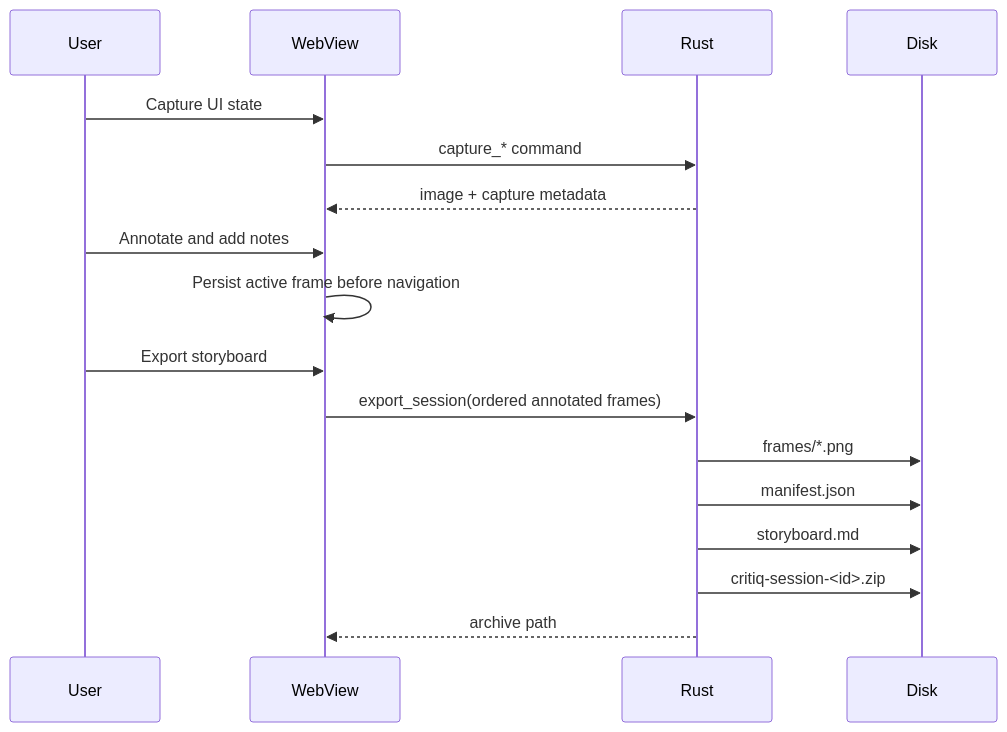
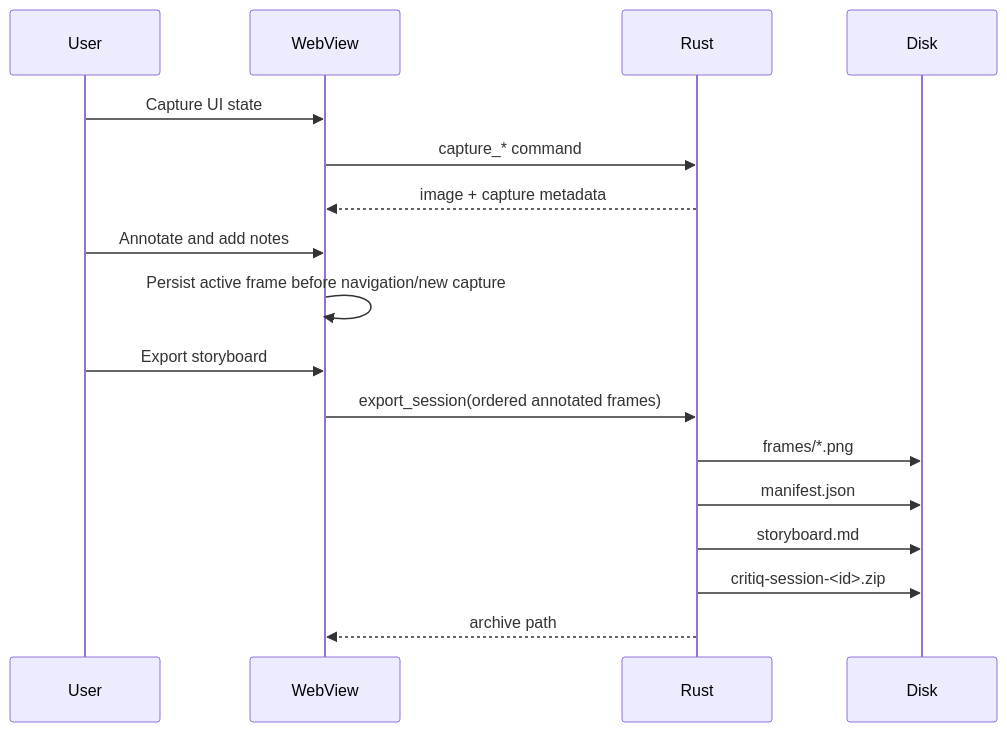
The second of 2 diagrams in docs/ARCHITECTURE_PLAN.md (MythologIQ-Labs-LLC/CritIQ), drawn with Mermaid before and after one commit. The commit also changed other lines of this file, not shown here.

Commit message:
Remove ghost settings from architecture contract

````diff
--- a/docs/ARCHITECTURE_PLAN.md
+++ b/docs/ARCHITECTURE_PLAN.md
@@ -185,20 +185,20 @@
 ```mermaid
 sequenceDiagram
     participant User
     participant WebView
     participant Rust
     participant Disk
 
     User->>WebView: Capture UI state
     WebView->>Rust: capture_* command
     Rust-->>WebView: image + capture metadata
     User->>WebView: Annotate and add notes
-    WebView->>WebView: Persist active frame before navigation
+    WebView->>WebView: Persist active frame before navigation/new capture
     User->>WebView: Export storyboard
     WebView->>Rust: export_session(ordered annotated frames)
     Rust->>Disk: frames/*.png
     Rust->>Disk: manifest.json
     Rust->>Disk: storyboard.md
     Rust->>Disk: critiq-session-<id>.zip
     Rust-->>WebView: archive path
 ```
````
